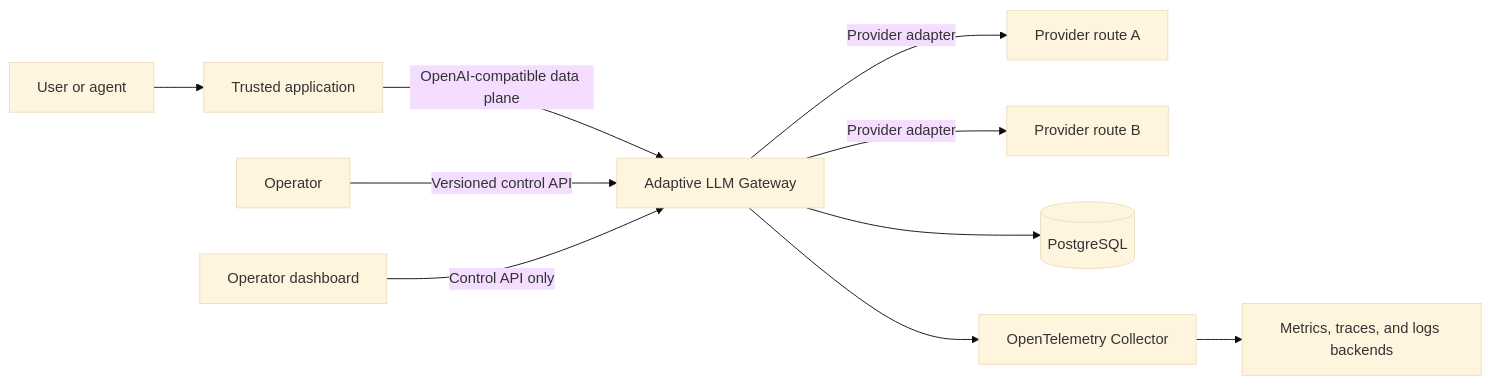
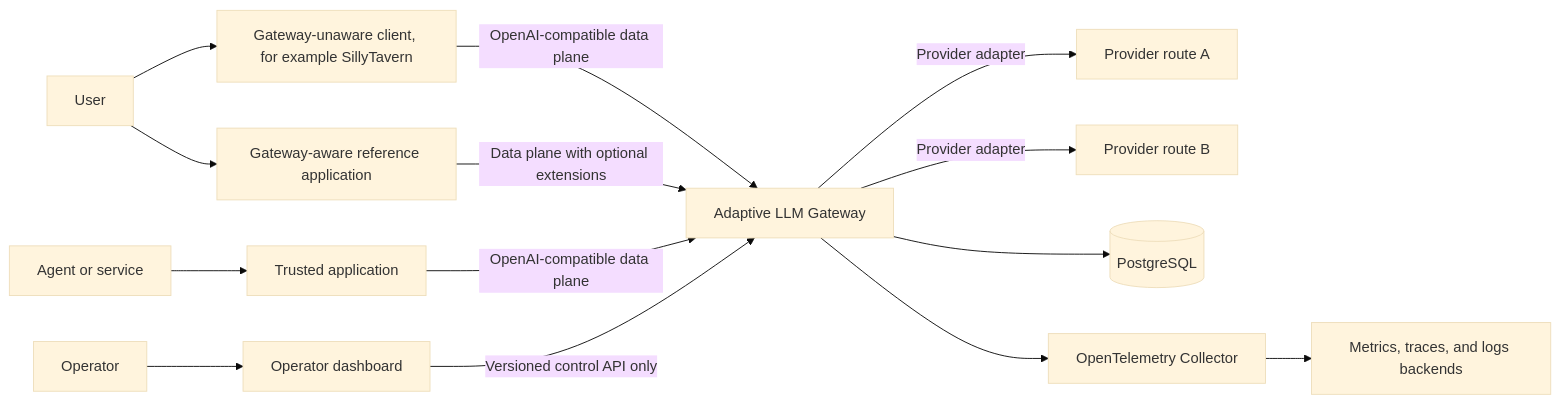
Before and after one commit to NatsumeRyuhane/LLM-Gateway: the diagram in docs/architecture.md, drawn with Mermaid (base theme). The commit also changed other lines of this file and 2 other files, not shown here.

Commit message:
docs: define gateway client surfaces

````diff
--- a/docs/architecture.md
+++ b/docs/architecture.md
@@ -7,12 +7,16 @@
 ```mermaid
 flowchart LR
-    User["User or agent"] --> App["Trusted application"]
-    App -->|"OpenAI-compatible data plane"| Gateway["Adaptive LLM Gateway"]
-    Operator["Operator"] -->|"Versioned control API"| Gateway
+    User["User"] --> Compat["Gateway-unaware client, for example SillyTavern"]
+    User --> Reference["Gateway-aware reference application"]
+    Agent["Agent or service"] --> App["Trusted application"]
+    Compat -->|"OpenAI-compatible data plane"| Gateway["Adaptive LLM Gateway"]
+    Reference -->|"Data plane with optional extensions"| Gateway
+    App -->|"OpenAI-compatible data plane"| Gateway
+    Operator["Operator"] --> Dashboard["Operator dashboard"]
+    Dashboard -->|"Versioned control API only"| Gateway
     Gateway -->|"Provider adapter"| P1["Provider route A"]
     Gateway -->|"Provider adapter"| P2["Provider route B"]
     Gateway --> DB[(PostgreSQL)]
     Gateway --> Collector["OpenTelemetry Collector"]
     Collector --> Obs["Metrics, traces, and logs backends"]
-    Dashboard["Operator dashboard"] -->|"Control API only"| Gateway
 ```
````
